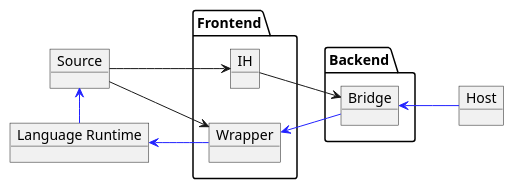
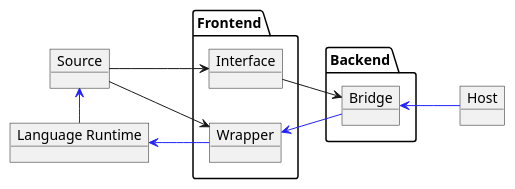
The first of 5 diagrams in docs/process.pu (Sharp0802/lilac), drawn with PlantUML before and after one commit. The commit also changed other lines of this file and 10 other files, not shown here.

Commit message:
:bento: Update diagrams for docs

```diff
--- a/docs/process.pu
+++ b/docs/process.pu
@@ -1,31 +1,31 @@
 @startuml process
 
 left to right direction
 
 package Frontend 
 {
     object Wrapper
-    object IH
+    object Interface
 }
 
 package Backend
 {
     object Bridge
 }
 
 object Source
 object "Language Runtime" as RT
 object Host
 
 Source --> Wrapper
-Source --> IH
+Source --> Interface
 
-IH --> Bridge
+Interface --> Bridge
 
 Bridge <-[#2222FF]- Host
 Wrapper <-[#2222FF]- Bridge
 
 RT <-[#2222FF]- Wrapper
 Source <-right[#2222FF]- RT
 
 @enduml
```
